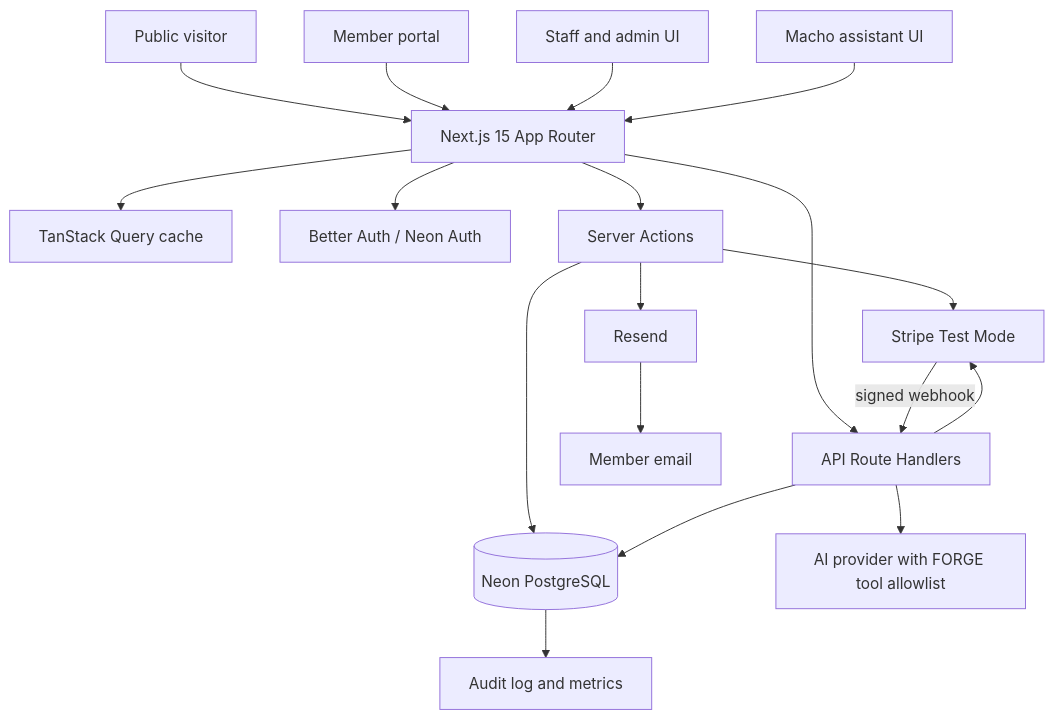
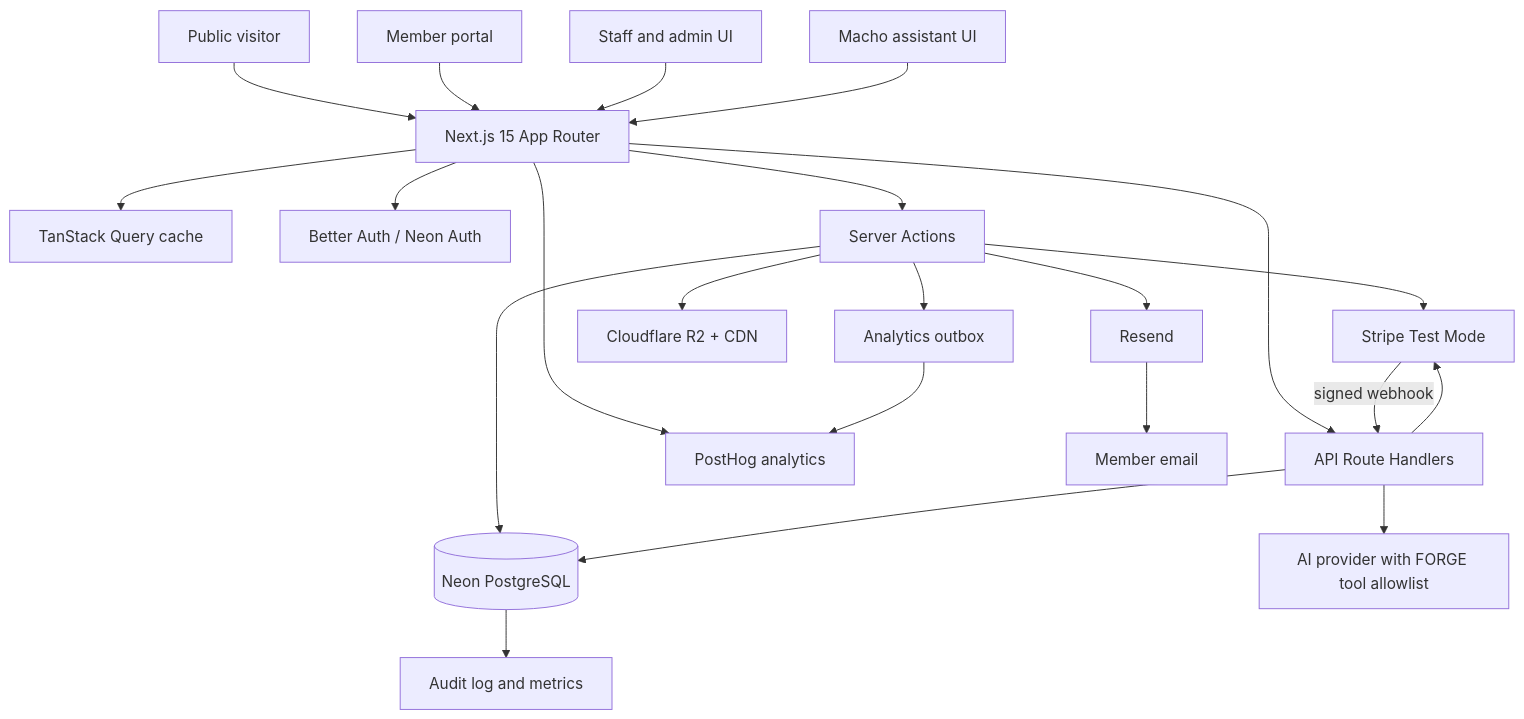
The first of 2 diagrams in docs/architecture.md (chemist-god/fhorge-studio), drawn with Mermaid before and after one commit. The commit also changed other lines of this file, not shown here.

Commit message:
docs: add platform architecture blueprint

````diff
--- a/docs/architecture.md
+++ b/docs/architecture.md
@@ -9,23 +81,27 @@
 ```mermaid
 flowchart TB
     visitor[Public visitor] --> web[Next.js 15 App Router]
     member[Member portal] --> web
     staff[Staff and admin UI] --> web
     macho[Macho assistant UI] --> web
 
     web --> cache[TanStack Query cache]
     web --> auth[Better Auth / Neon Auth]
     web --> actions[Server Actions]
     web --> routes[API Route Handlers]
 
     actions --> db[(Neon PostgreSQL)]
     routes --> db
     actions --> stripe[Stripe Test Mode]
     routes --> stripe
     actions --> resend[Resend]
     routes --> ai[AI provider with FORGE tool allowlist]
+    actions --> r2[Cloudflare R2 + CDN]
+    web --> posthog[PostHog analytics]
+    actions --> outbox[Analytics outbox]
+    outbox --> posthog
 
     stripe -->|signed webhook| routes
     resend --> inbox[Member email]
     db --> observability[Audit log and metrics]
 ```
````
